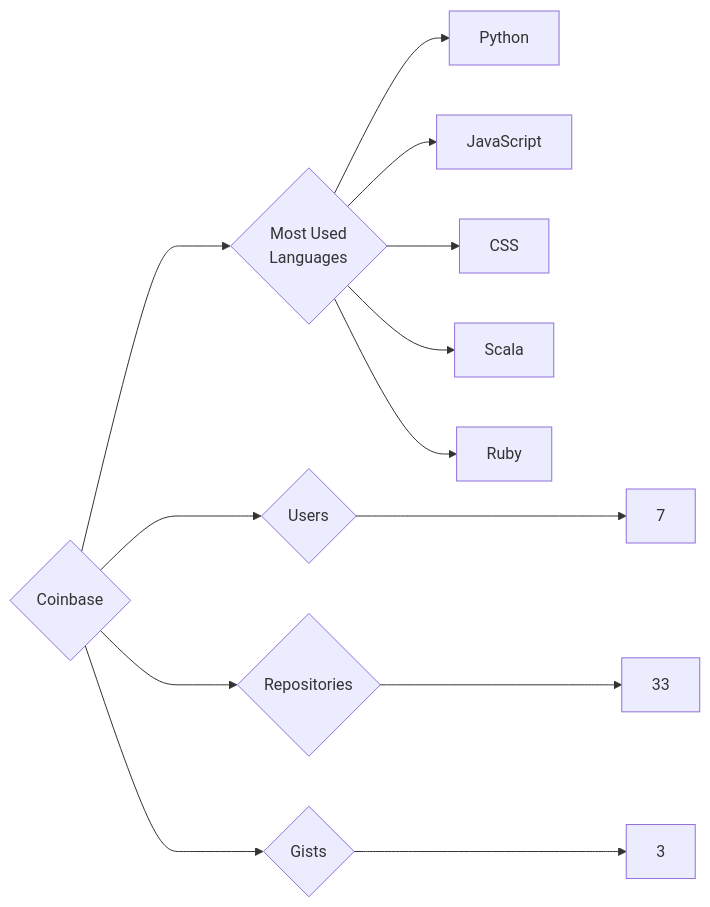
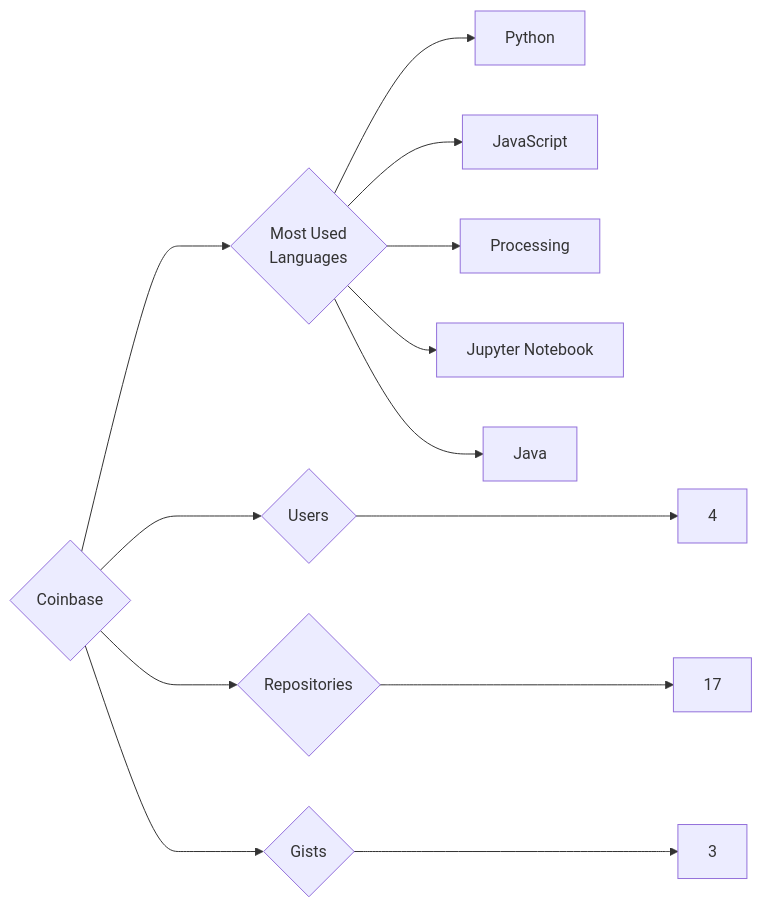
The diagram in targets/Coinbase/README.md (trickest/insiders), drawn with Mermaid before and after one commit. The commit also changed 1092 other files, not shown here.

````diff
--- a/targets/Coinbase/README.md
+++ b/targets/Coinbase/README.md
@@ -3,13 +3,13 @@
 ```mermaid
 graph LR
 COMPANY_NAME{Coinbase}
-COMPANY_NAME ---> U{Users} ---> UN[7]
-COMPANY_NAME ---> R{Repositories} ---> RN[33]
+COMPANY_NAME ---> U{Users} ---> UN[4]
+COMPANY_NAME ---> R{Repositories} ---> RN[17]
 COMPANY_NAME ---> G{Gists} ---> GN[3]
 COMPANY_NAME ---> ML{Most Used<br>Languages}
 ML --> Python[Python]
 ML --> JavaScript[JavaScript]
-ML --> CSS[CSS]
-ML --> Scala[Scala]
-ML --> Ruby[Ruby]
+ML --> Processing[Processing]
+ML --> Jupyter_Notebook[Jupyter Notebook]
+ML --> Java[Java]
 ```
````
